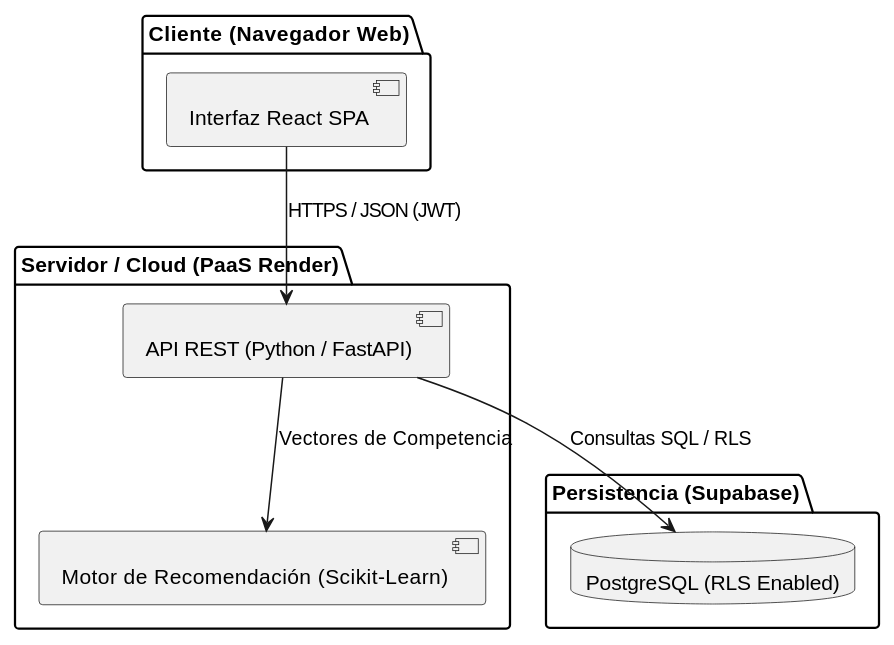
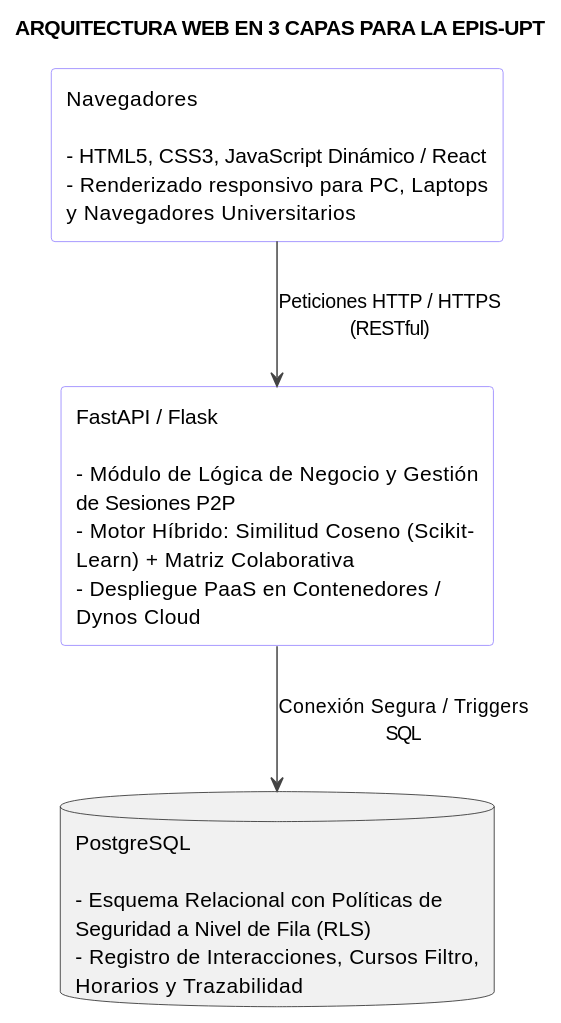
Before and after one commit to JMedina255/sistema_web_p2p: the second of 2 diagrams in docs/FD01-EPIS-Informe de Factibilidad.md, drawn with PlantUML. The commit also changed other lines of this file and 8 other files, not shown here.

````diff
--- a/docs/FD01-EPIS-Informe de Factibilidad.md
+++ b/docs/FD01-EPIS-Informe de Factibilidad.md
@@ -138,22 +205,20 @@
 ```plantuml
 @startuml
-skinparam componentStyle uml2
+title ARQUITECTURA WEB EN 3 CAPAS PARA LA EPIS-UPT
 
-package "Cliente (Navegador Web)" {
-  [Interfaz React SPA] as ReactApp
+skinparam rectangle {
+  BackgroundColor white
+  BorderColor #8B78FF
 }
+skinparam ArrowColor #444444
 
-package "Servidor / Cloud (PaaS Render)" {
-  [API REST (Python / FastAPI)] as BackendAPI
-  [Motor de Recomendación (Scikit-Learn)] as RecEngine
-}
+rectangle "Navegadores\n\n- HTML5, CSS3, JavaScript Dinámico / React\n- Renderizado responsivo para PC, Laptops\ny Navegadores Universitarios" as FRONT
 
-package "Persistencia (Supabase)" {
-  database "PostgreSQL (RLS Enabled)" as DB
-}
+rectangle "FastAPI / Flask\n\n- Módulo de Lógica de Negocio y Gestión\nde Sesiones P2P\n- Motor Híbrido: Similitud Coseno (Scikit-\nLearn) + Matriz Colaborativa\n- Despliegue PaaS en Contenedores /\nDynos Cloud" as BACK
 
-ReactApp --> BackendAPI : HTTPS / JSON (JWT)
-BackendAPI --> RecEngine : Vectores de Competencia
-BackendAPI --> DB : Consultas SQL / RLS
+database "PostgreSQL\n\n- Esquema Relacional con Políticas de\nSeguridad a Nivel de Fila (RLS)\n- Registro de Interacciones, Cursos Filtro,\nHorarios y Trazabilidad" as DB
+
+FRONT --> BACK : Peticiones HTTP / HTTPS\n(RESTful)
+BACK --> DB : Conexión Segura / Triggers\nSQL
 @enduml
 ```
````
